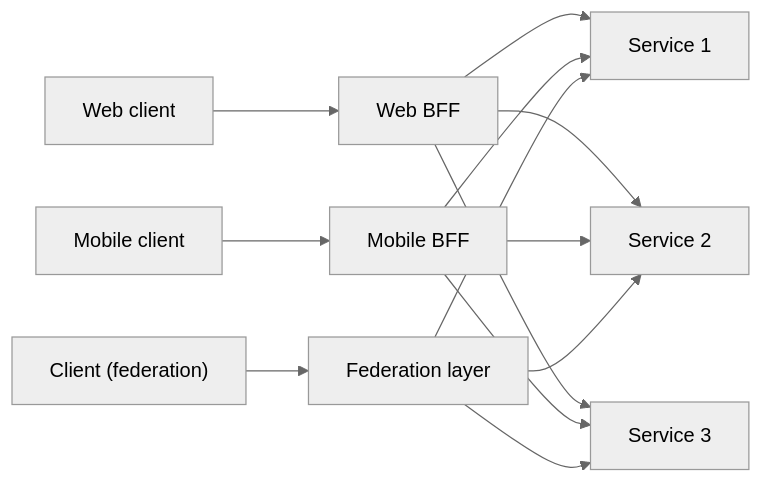
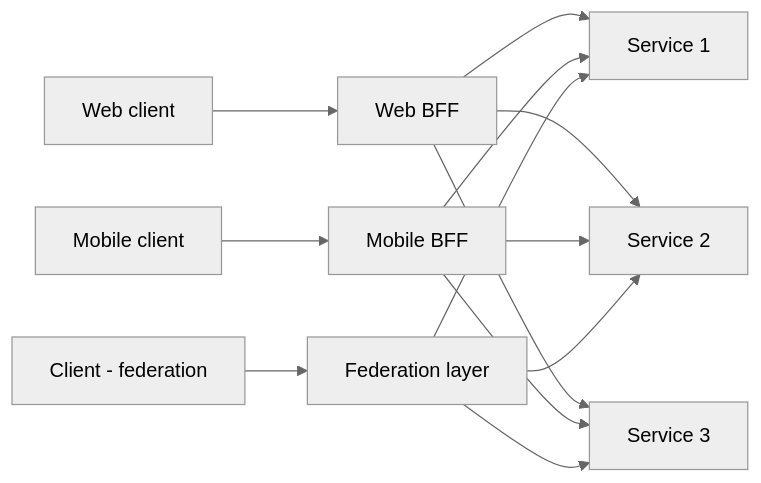
The third of 3 diagrams in docs/05-architecture-patterns/03-strangler-sidecar-bff.md (RIT-MESH/system-design-mastery), drawn with Mermaid (neutral theme) before and after one commit. The commit also changed other lines of this file and 139 other files, not shown here.

First line of the commit message:
Fix Mermaid parse errors: replace parentheses in node labels across 140 files

````diff
--- a/docs/05-architecture-patterns/03-strangler-sidecar-bff.md
+++ b/docs/05-architecture-patterns/03-strangler-sidecar-bff.md
@@ -55,9 +55,9 @@
 ```mermaid
 %% created-for: system-design-mastery
 flowchart LR
   Web["Web client"] --> BFFw["Web BFF"]
   Mob["Mobile client"] --> BFFm["Mobile BFF"]
   BFFw & BFFm --> S1["Service 1"] & S2["Service 2"] & S3["Service 3"]
-  Any["Client (federation)"] --> Fed["Federation layer"]
+  Any["Client - federation"] --> Fed["Federation layer"]
   Fed --> S1 & S2 & S3
 ```
````
